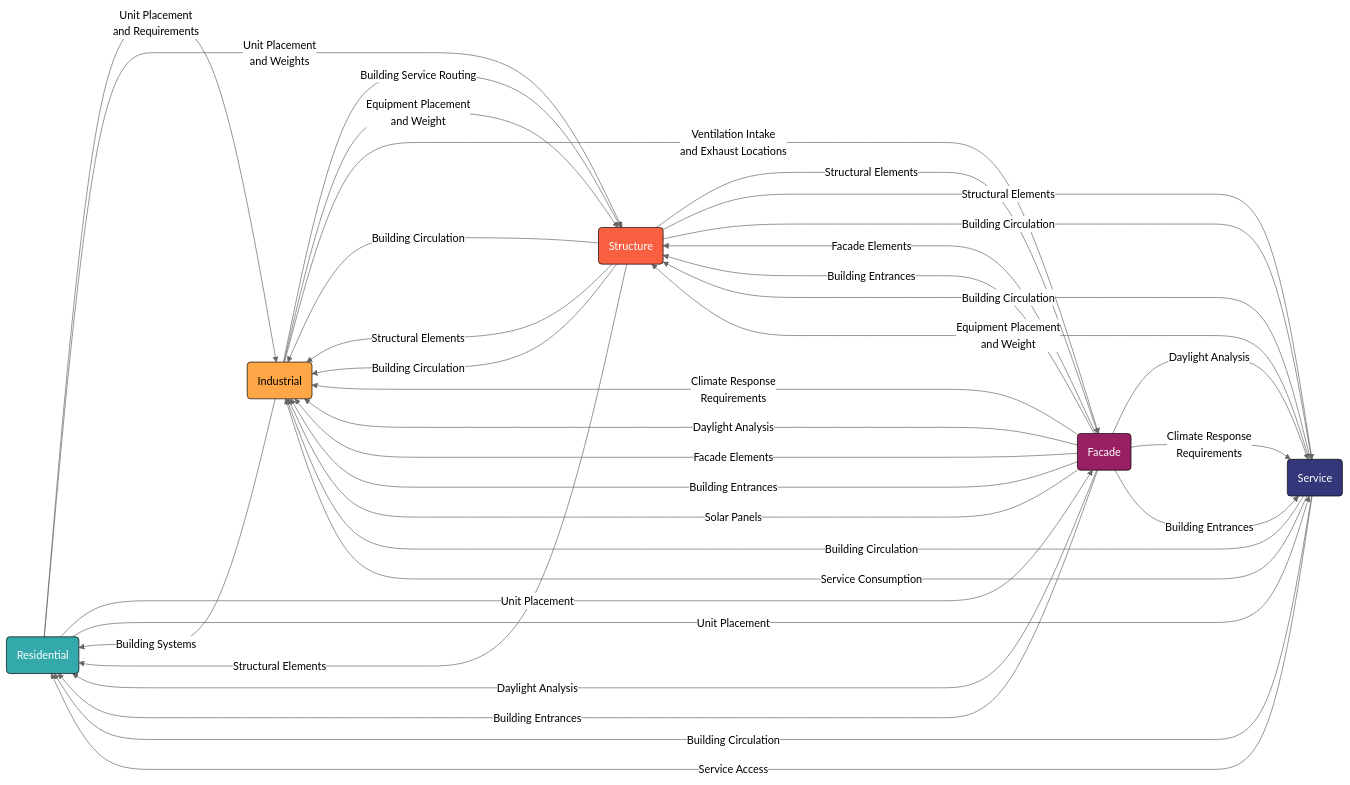
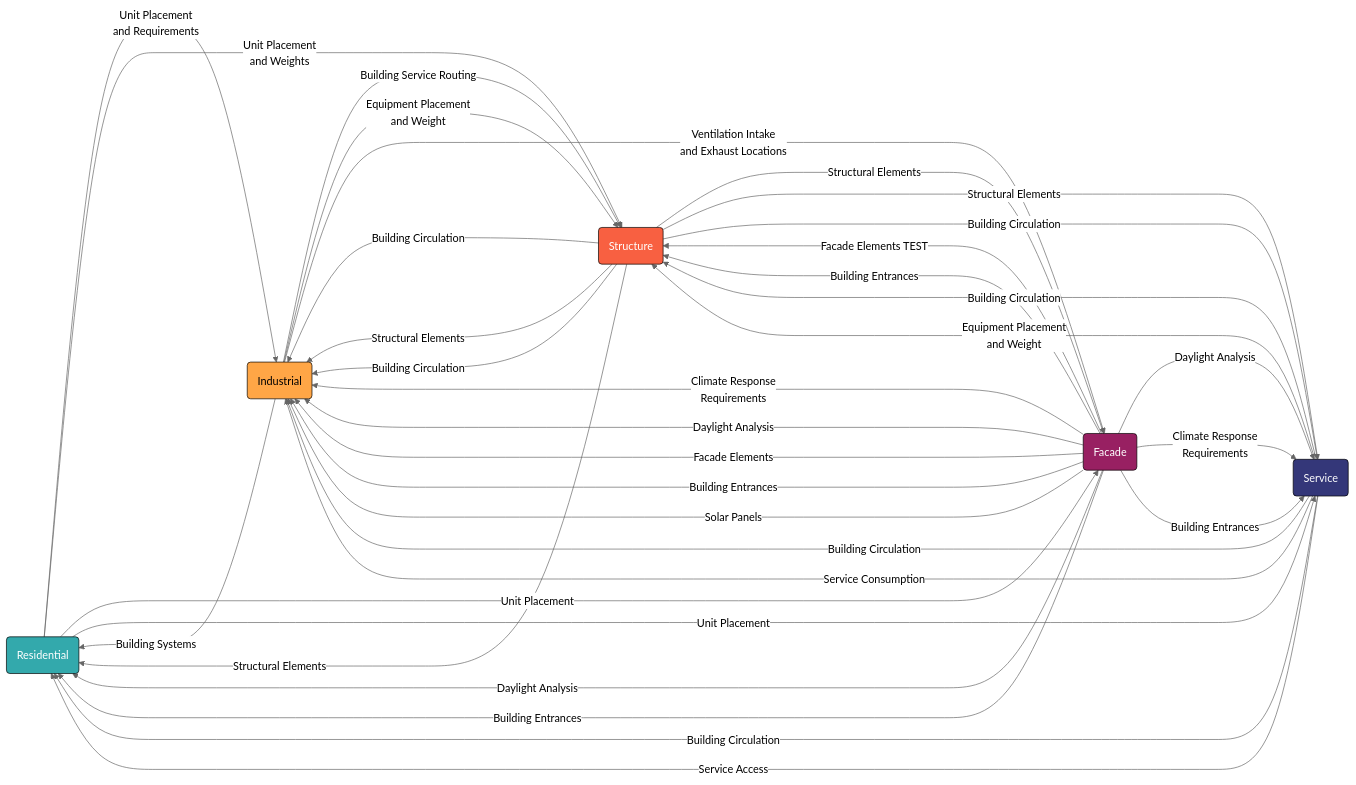
One commit to sclebow-iaac/bimsc25_studio-a_team-7 changed the first of 4 diagrams in Notes/scl_notes.md. Above: the diagram before and after it, drawn with Mermaid (neutral theme).

````diff
--- a/Notes/scl_notes.md
+++ b/Notes/scl_notes.md
@@ -168,61 +168,61 @@
 ```mermaid
     graph LR
 
     Residential(Residential) -- Unit Placement<br>and Requirements ---> Industrial(Industrial)
 
     Residential(Residential) -- Unit Placement<br> and Weights ---> Structure(Structure)
 
     Residential(Residential) -- Unit Placement ---> Facade(Facade)
 
     Residential(Residential) -- Unit Placement ---> Service(Service)
 
     Industrial(Industrial) -- Building Systems ---> Residential(Residential)
 
     Industrial(Industrial) -- Building Service Routing ---> Structure(Structure)
     Industrial(Industrial) -- Equipment Placement<br> and Weight ---> Structure(Structure)
 
     Industrial(Industrial) -- Ventilation Intake <br>and Exhaust Locations ---> Facade(Facade)
 
     Structure(Structure) -- Structural Elements ---> Residential(Residential)
     Structure(Structure) -- Building Circulation ---> Industrial(Industrial)
 
     Structure(Structure) -- Structural Elements ---> Industrial(Industrial)
     Structure(Structure) -- Building Circulation ---> Industrial(Industrial)
 
     Structure(Structure) -- Structural Elements ----> Facade(Facade)
 
     Structure(Structure) -- Structural Elements ---> Service(Service)
     Structure(Structure) -- Building Circulation ---> Service(Service)
 
     Facade(Facade) -- Daylight Analysis ---> Residential(Residential)
     Facade(Facade) -- Building Entrances ---> Residential(Residential)
 
     Facade(Facade) -- Climate Response<br>Requirements ---> Industrial(Industrial)
     Facade(Facade) -- Daylight Analysis ---> Industrial(Industrial)
     Facade(Facade) -- Facade Elements ---> Industrial(Industrial)
     Facade(Facade) -- Building Entrances ---> Industrial(Industrial)
     Facade(Facade) -- Solar Panels ---> Industrial(Industrial)
 
-    Facade(Facade) -- Facade Elements ---> Structure(Structure)
+    Facade(Facade) -- Facade Elements TEST ---> Structure(Structure)
     Facade(Facade) -- Building Entrances ---> Structure(Structure)
 
     Facade(Facade) -- Daylight Analysis ---> Service(Service)
     Facade(Facade) -- Climate Response<br>Requirements ---> Service(Service)
     Facade(Facade) -- Building Entrances ---> Service(Service)
 
     Service(Service) -- Building Circulation ---> Residential(Residential)
     Service(Service) -- Service Access ---> Residential(Residential)
 
     Service(Service) -- Building Circulation ---> Industrial(Industrial)
     Service(Service) -- Service Consumption ---> Industrial(Industrial)
 
     Service(Service) -- Building Circulation ---> Structure(Structure)
     Service(Service) -- Equipment Placement<br> and Weight ---> Structure(Structure)
     
     style Residential fill:#33a9ac, stroke:black, color:#fff
     style Industrial fill:#ffa646, stroke:black
     style Structure fill:#f86041, stroke:black, color:#fff
     style Facade fill:#982062, stroke:black, color:#fff
     style Service fill:#343779, stroke:black, color:#fff
     
 ```
````
